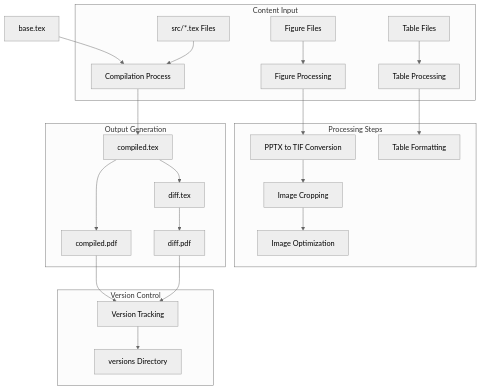
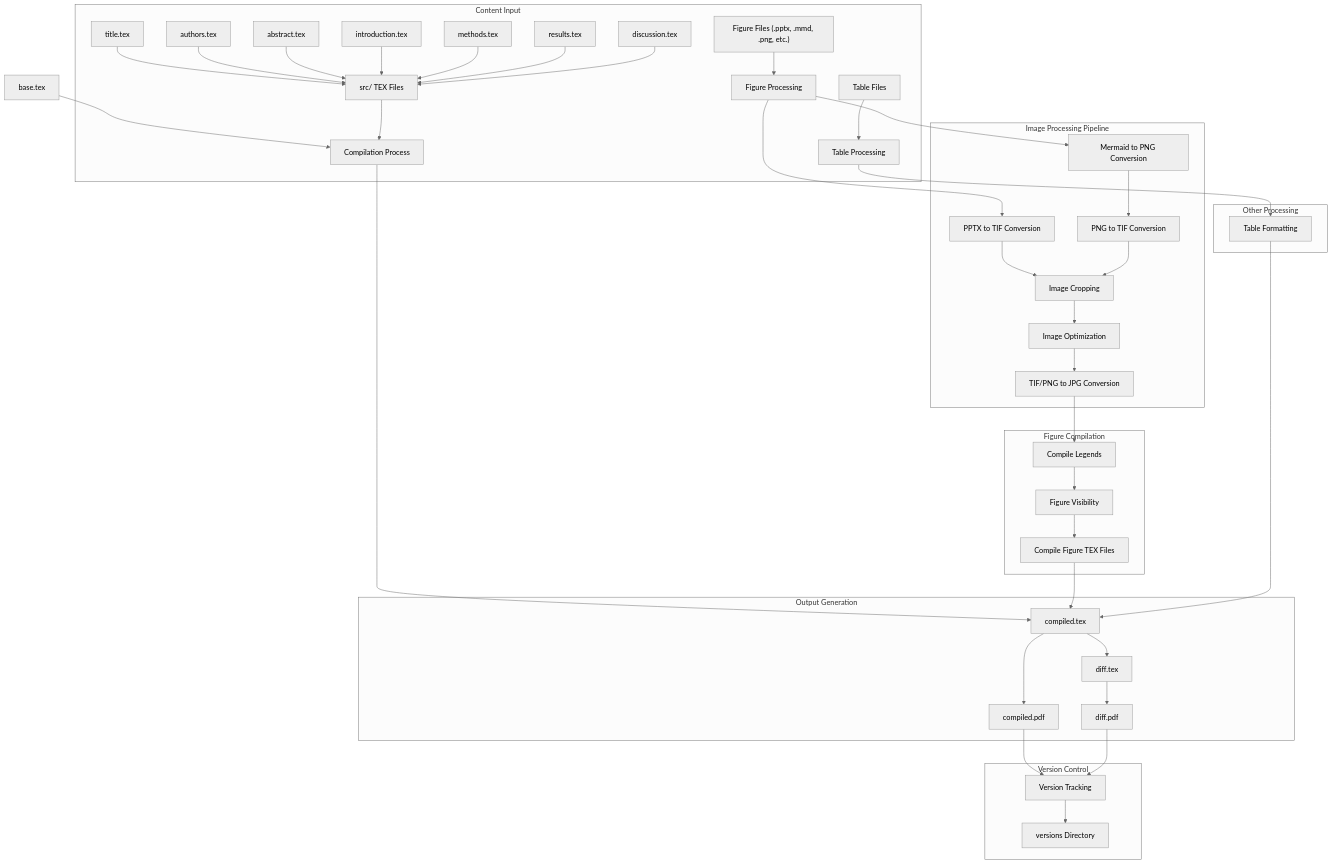
The diagram in manuscript/src/figures/caption_and_media/Figure_ID_01_workflow.mmd (ywatanabe1989/scitex-writer), drawn with Mermaid before and after one commit. The commit also changed 1 other file, not shown here.

Commit message:
Update manuscript compilation workflow diagram and description.

```diff
--- a/manuscript/src/figures/caption_and_media/Figure_ID_01_workflow.mmd
+++ b/manuscript/src/figures/caption_and_media/Figure_ID_01_workflow.mmd
@@ -1,29 +1,51 @@
 %%{init: {'theme': 'neutral'}}%%
 graph TD
     A[base.tex] --> B[Compilation Process]
     
     subgraph ContentInput["Content Input"]
-        C[src/*.tex Files] --> B
-        D[Figure Files] --> E[Figure Processing]
+        C[src/ TEX Files] --> B
+        TITLE[title.tex] --> C
+        AUTH[authors.tex] --> C
+        ABST[abstract.tex] --> C
+        INTRO[introduction.tex] --> C
+        METH[methods.tex] --> C
+        RES[results.tex] --> C
+        DISC[discussion.tex] --> C
+        D["Figure Files (.pptx, .mmd, .png, etc.)"] --> E[Figure Processing]
         F[Table Files] --> G[Table Processing]
     end
     
-    subgraph ProcessingSteps["Processing Steps"]
-        E --> H[PPTX to TIF Conversion]
-        H --> I[Image Cropping]
-        I --> J[Image Optimization]
+    subgraph ImageProcessing["Image Processing Pipeline"]
+        E --> MMD[Mermaid to PNG Conversion]
+        E --> PPTX[PPTX to TIF Conversion]
+        MMD --> PNG2TIF[PNG to TIF Conversion]
+        PPTX --> IC[Image Cropping]
+        PNG2TIF --> IC
+        IC --> IO[Image Optimization]
+        IO --> JPG[TIF/PNG to JPG Conversion]
+    end
+    
+    subgraph FigureCompilation["Figure Compilation"]
+        JPG --> CL[Compile Legends]
+        CL --> FV[Figure Visibility]
+        FV --> CF[Compile Figure TEX Files]
+    end
+    
+    subgraph OtherProcessing["Other Processing"]
         G --> K[Table Formatting]
     end
     
     subgraph OutputGeneration["Output Generation"]
         B --> L[compiled.tex]
+        CF --> L
+        K --> L
         L --> M[compiled.pdf]
         L --> N[diff.tex]
         N --> O[diff.pdf]
     end
     
     subgraph VersionControl["Version Control"]
         M --> P[Version Tracking]
         O --> P
         P --> Q[versions Directory]
     end
```
